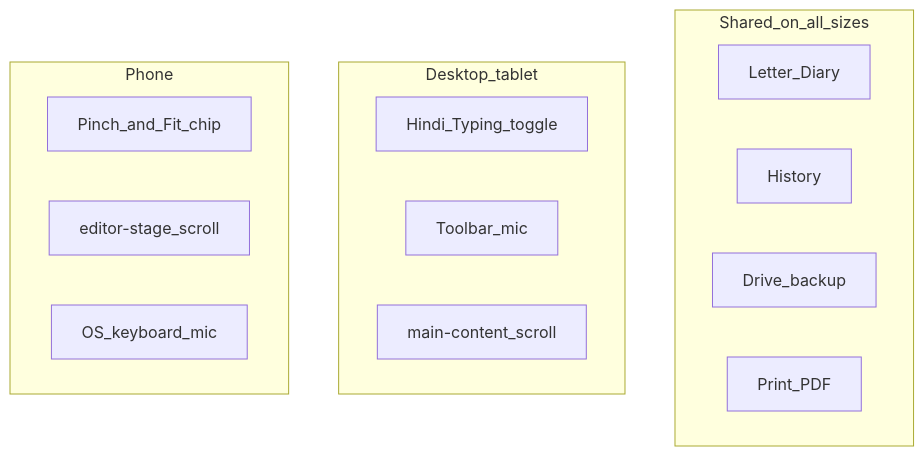
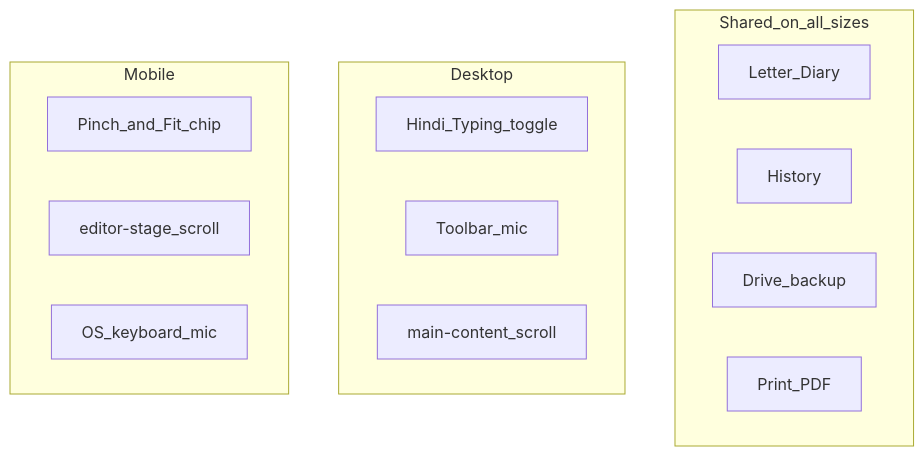
The diagram in docs/desktop-vs-mobile.md (arverma/Bihar-Police-Notebook), drawn with Mermaid before and after one commit. The commit also changed other lines of this file and 58 other files, not shown here.

````diff
--- a/docs/desktop-vs-mobile.md
+++ b/docs/desktop-vs-mobile.md
@@ -21,19 +36,19 @@
 ```mermaid
 flowchart TB
   subgraph shared [Shared_on_all_sizes]
     templates[Letter_Diary]
     history[History]
     drive[Drive_backup]
     print[Print_PDF]
   end
-  subgraph desk [Desktop_tablet]
+  subgraph desk [Desktop]
     hinglish[Hindi_Typing_toggle]
     dict[Toolbar_mic]
     mainScroll[main-content_scroll]
   end
-  subgraph phone [Phone]
+  subgraph phone [Mobile]
     pinch[Pinch_and_Fit_chip]
     stageScroll[editor-stage_scroll]
     kbMic[OS_keyboard_mic]
   end
 ```
````
